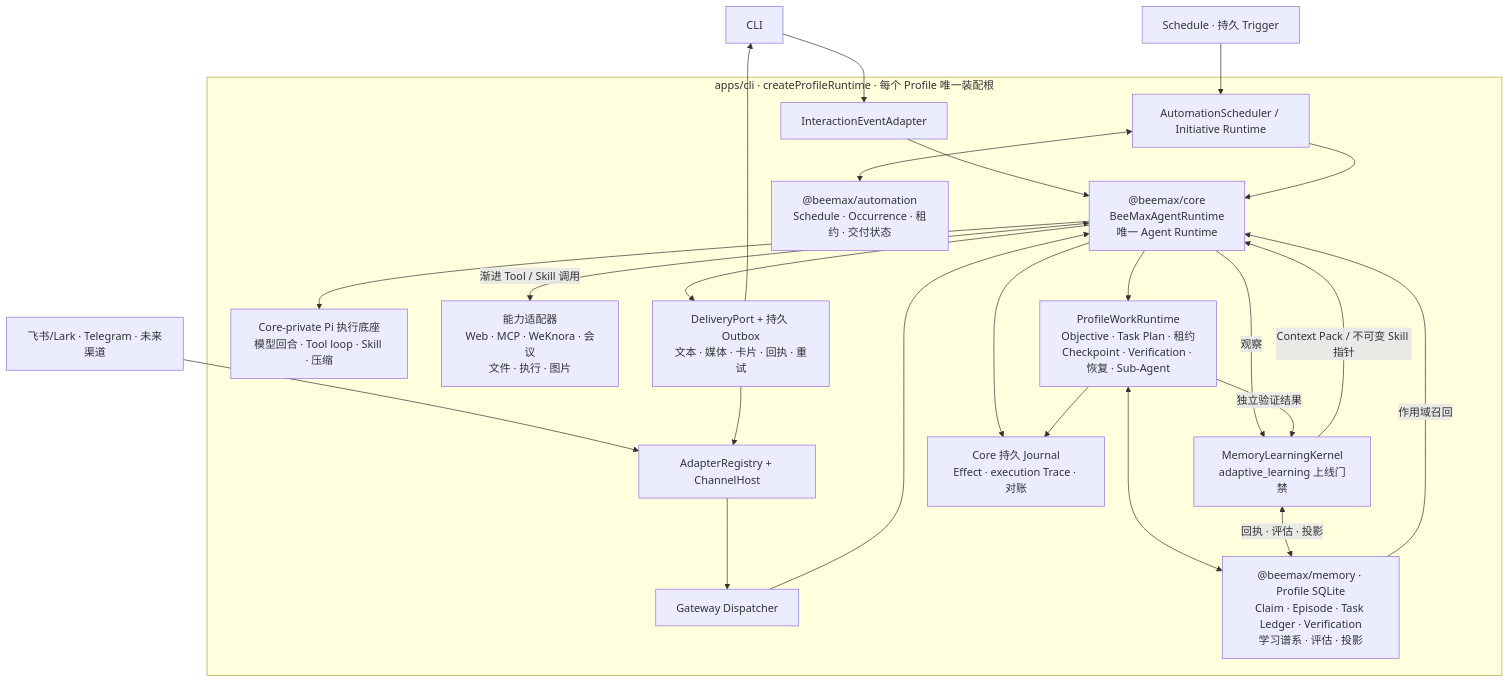
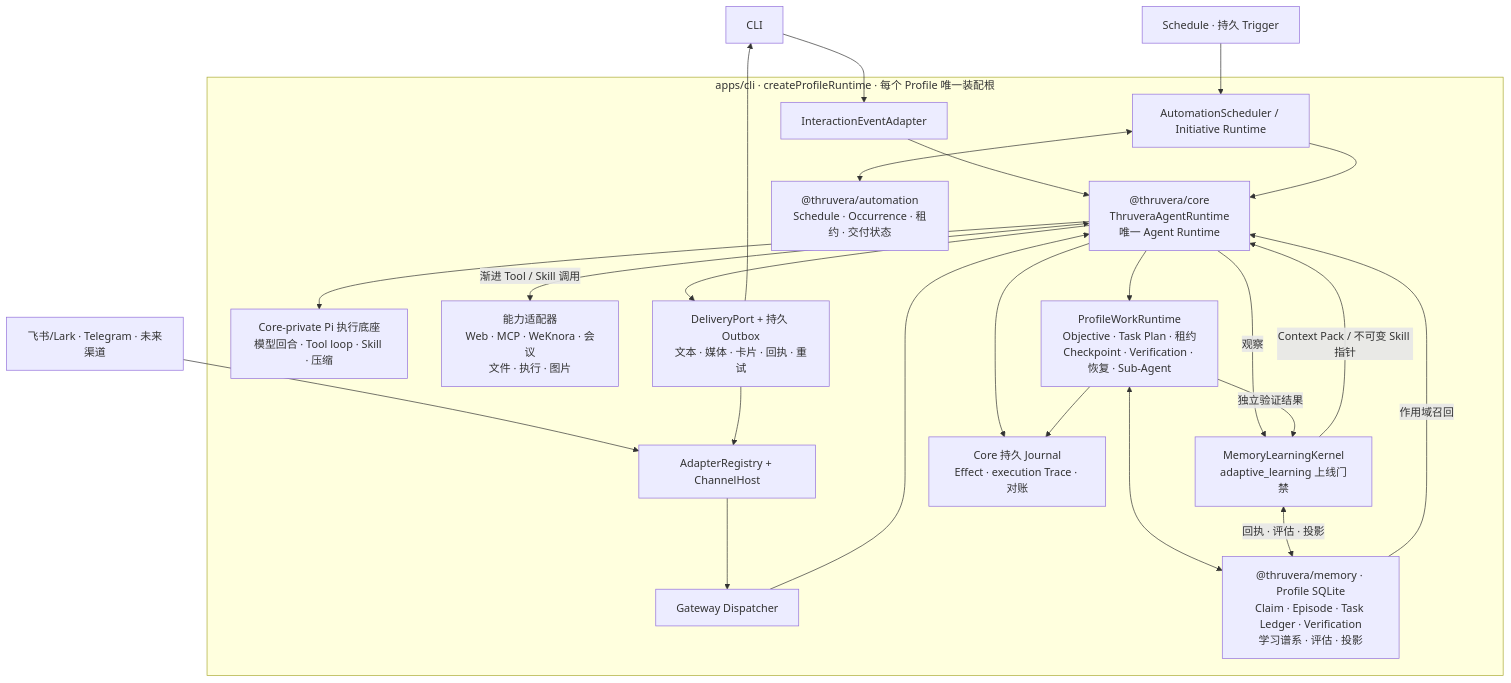
The diagram in README.zh-CN.md (Zanetach/beemax), drawn with Mermaid before and after one commit. The commit also changed other lines of this file and 299 other files, not shown here.

Commit message:
feat: rebrand BeeMax as Thruvera

````diff
--- a/README.zh-CN.md
+++ b/README.zh-CN.md
@@ -131,47 +133,47 @@
 ```mermaid
 flowchart TB
     CLI["CLI"]
     Channels["飞书/Lark · Telegram · 未来渠道"]
     Triggers["Schedule · 持久 Trigger"]
 
     subgraph Profile["apps/cli · createProfileRuntime · 每个 Profile 唯一装配根"]
         IA["InteractionEventAdapter"]
         CH["AdapterRegistry + ChannelHost"]
         Dispatcher["Gateway Dispatcher"]
         Scheduler["AutomationScheduler / Initiative Runtime"]
 
-        Core["@beemax/core<br/>BeeMaxAgentRuntime<br/>唯一 Agent Runtime"]
+        Core["@thruvera/core<br/>ThruveraAgentRuntime<br/>唯一 Agent Runtime"]
         Pi["Core-private Pi 执行底座<br/>模型回合 · Tool loop · Skill · 压缩"]
         Cap["能力适配器<br/>Web · MCP · WeKnora · 会议<br/>文件 · 执行 · 图片"]
         Work["ProfileWorkRuntime<br/>Objective · Task Plan · 租约<br/>Checkpoint · Verification · 恢复 · Sub-Agent"]
         Delivery["DeliveryPort + 持久 Outbox<br/>文本 · 媒体 · 卡片 · 回执 · 重试"]
         Learning["MemoryLearningKernel<br/>adaptive_learning 上线门禁"]
 
-        Memory["@beemax/memory · Profile SQLite<br/>Claim · Episode · Task Ledger · Verification<br/>学习谱系 · 评估 · 投影"]
-        Automation["@beemax/automation<br/>Schedule · Occurrence · 租约 · 交付状态"]
+        Memory["@thruvera/memory · Profile SQLite<br/>Claim · Episode · Task Ledger · Verification<br/>学习谱系 · 评估 · 投影"]
+        Automation["@thruvera/automation<br/>Schedule · Occurrence · 租约 · 交付状态"]
         Journals["Core 持久 Journal<br/>Effect · execution Trace · 对账"]
 
         IA --> Core
         CH --> Dispatcher --> Core
         Scheduler --> Core
         Core --> Pi
         Core <-->|"渐进 Tool / Skill 调用"| Cap
         Core --> Work
         Core --> Delivery
         Work <--> Memory
         Scheduler <--> Automation
         Core --> Journals
         Work --> Journals
         Memory -->|"作用域召回"| Core
         Core -->|"观察"| Learning
         Work -->|"独立验证结果"| Learning
         Learning <-->|"回执 · 评估 · 投影"| Memory
         Learning -->|"Context Pack / 不可变 Skill 指针"| Core
     end
 
     CLI --> IA
     Channels --> CH
     Triggers --> Scheduler
     Delivery --> CLI
     Delivery --> CH
 ```
````
